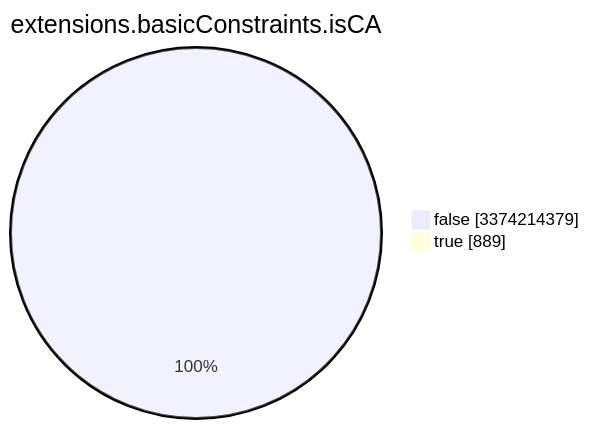
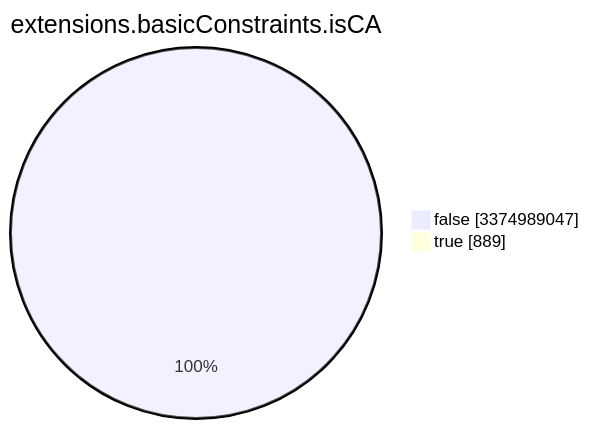
Before and after one commit to christiankrug/ctmonitor_visualization: the seventh of 15 diagrams in TOTAL/README.md, drawn with Mermaid. The commit also changed other lines of this file, not shown here.

````diff
--- a/TOTAL/README.md
+++ b/TOTAL/README.md
@@ -3090,6 +3090,6 @@
 ```mermaid
 pie showData
 title extensions.basicConstraints.isCA
-"false" :3374214379
+"false" :3374989047
 "true" :889
 ```
````
